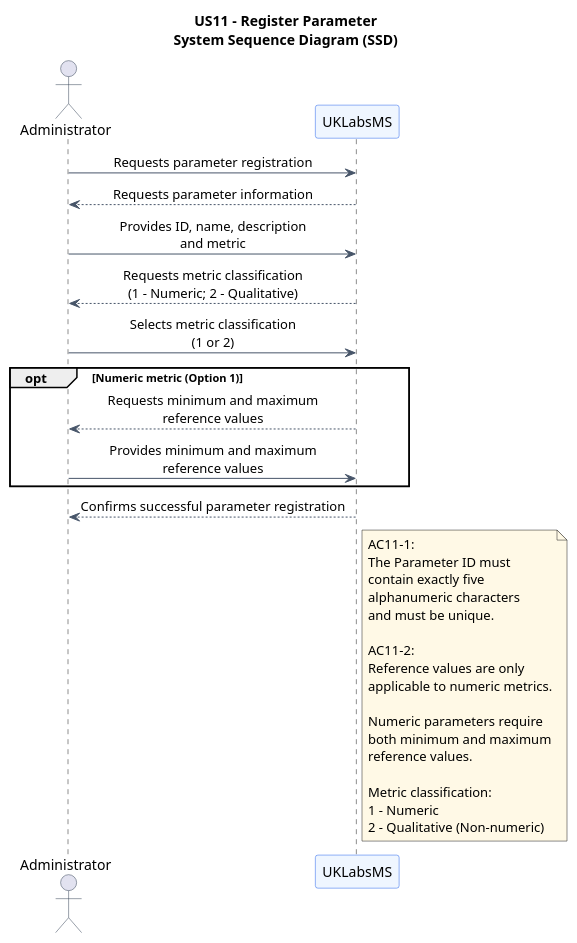
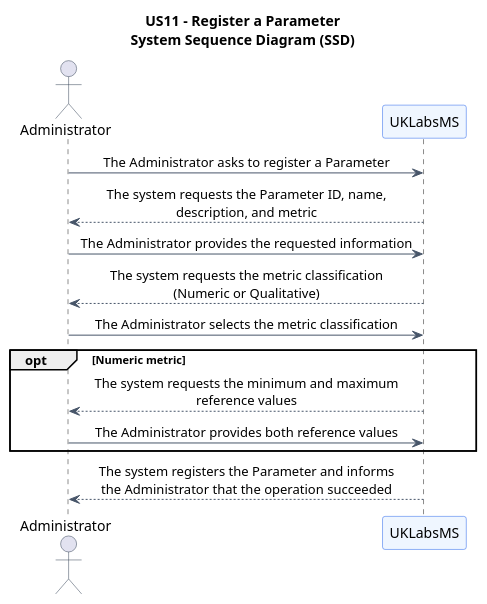
One commit to jmaia574/leti-esoft-26-27-B6 changed the diagram in docs/system-documentation/US11/puml/US11-SSD.puml. Above: the diagram before and after it, drawn with PlantUML. The commit also changed 7 other files, not shown here.

```diff
--- a/docs/system-documentation/US11/puml/US11-SSD.puml
+++ b/docs/system-documentation/US11/puml/US11-SSD.puml
@@ -1,74 +1,33 @@
 @startuml
-
-title US11 - Register Parameter\nSystem Sequence Diagram (SSD)
+title US11 - Register a Parameter\nSystem Sequence Diagram (SSD)
 
 skinparam backgroundColor #FFFFFF
 skinparam shadowing false
 skinparam sequenceMessageAlign center
 skinparam responseMessageBelowArrow true
 skinparam ParticipantBorderColor #2563EB
 skinparam ParticipantBackgroundColor #EFF6FF
 skinparam ActorBorderColor #334155
 skinparam ArrowColor #475569
-skinparam NoteBackgroundColor #FFF9E6
 
 actor "Administrator" as Admin
 participant "UKLabsMS" as System
 
-' =====================================================
-' Main Success Scenario
-' =====================================================
+Admin -> System : The Administrator asks to register a Parameter
 
-Admin -> System : Requests parameter registration
+System --> Admin : The system requests the Parameter ID, name,\ndescription, and metric
 
-System --> Admin : Requests parameter information
+Admin -> System : The Administrator provides the requested information
 
-Admin -> System : Provides ID, name, description\nand metric
+System --> Admin : The system requests the metric classification\n(Numeric or Qualitative)
 
-System --> Admin : Requests metric classification\n(1 - Numeric; 2 - Qualitative)
+Admin -> System : The Administrator selects the metric classification
 
-Admin -> System : Selects metric classification\n(1 or 2)
-
-' =====================================================
-' Reference Values for Numeric Parameters
-' =====================================================
-
-opt Numeric metric (Option 1)
-
-    System --> Admin : Requests minimum and maximum\nreference values
-
-    Admin -> System : Provides minimum and maximum\nreference values
-
+opt Numeric metric
+    System --> Admin : The system requests the minimum and maximum\nreference values
+    Admin -> System : The Administrator provides both reference values
 end
 
-' =====================================================
-' Successful Registration
-' =====================================================
-
-System --> Admin : Confirms successful parameter registration
-
-' =====================================================
-' Acceptance Criteria
-' =====================================================
-
-note right of System
-AC11-1:
-The Parameter ID must
-contain exactly five
-alphanumeric characters
-and must be unique.
-
-AC11-2:
-Reference values are only
-applicable to numeric metrics.
-
-Numeric parameters require
-both minimum and maximum
-reference values.
-
-Metric classification:
-1 - Numeric
-2 - Qualitative (Non-numeric)
-end note
+System --> Admin : The system registers the Parameter and informs\nthe Administrator that the operation succeeded
 
 @enduml
```
